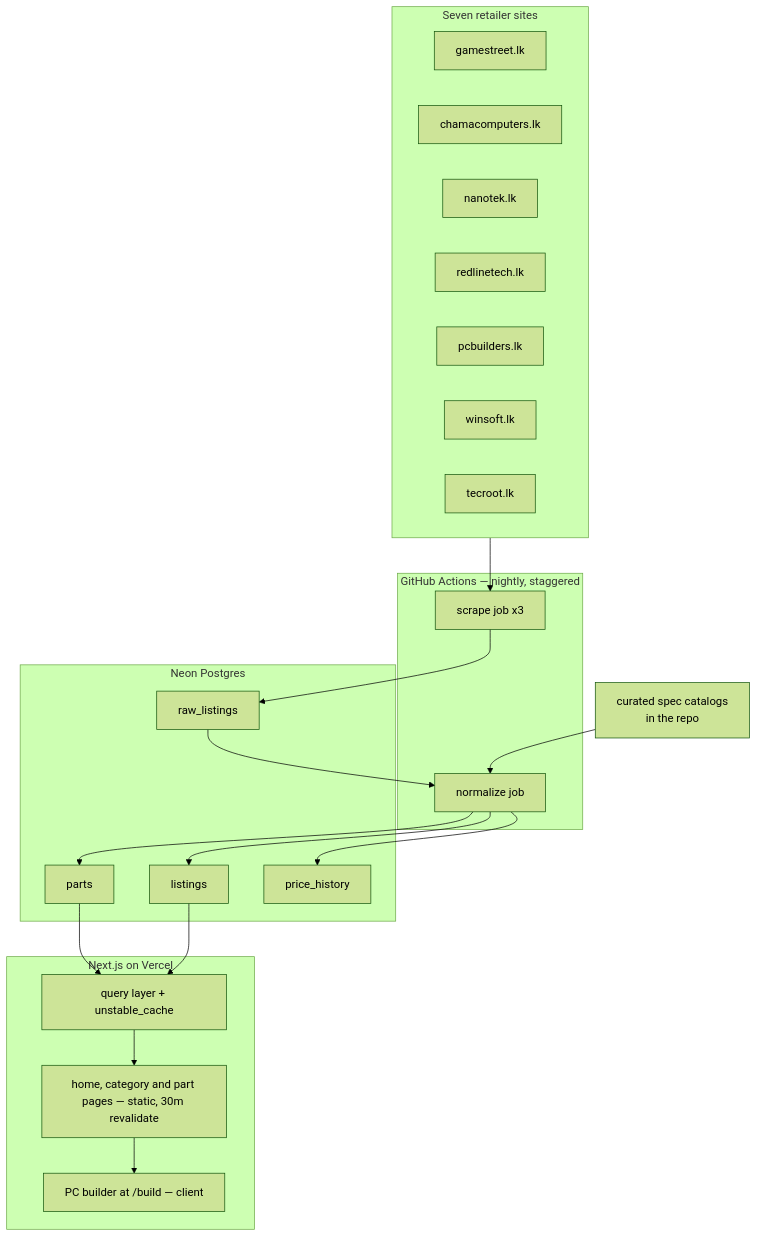
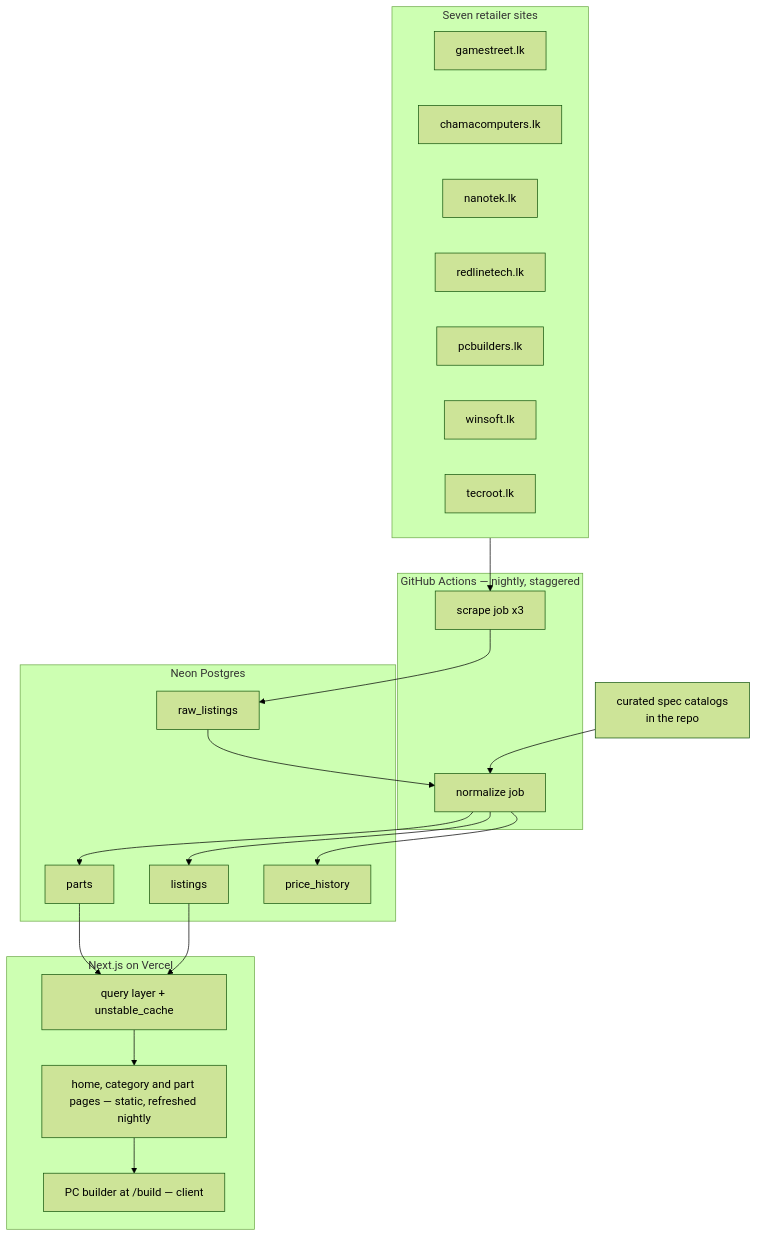
One commit to ShehanEk/sl-pc-part-picker changed the diagram in docs/architecture.md. Above: the diagram before and after it, drawn with Mermaid (forest theme). The commit also changed other lines of this file and 14 other files, not shown here.

````diff
--- a/docs/architecture.md
+++ b/docs/architecture.md
@@ -25,42 +25,42 @@
 ```mermaid
 flowchart TB
   subgraph shops["Seven retailer sites"]
     S1["gamestreet.lk"]
     S2["chamacomputers.lk"]
     S3["nanotek.lk"]
     S4["redlinetech.lk"]
     S5["pcbuilders.lk"]
     S6["winsoft.lk"]
     S7["tecroot.lk"]
   end
 
   subgraph ci["GitHub Actions — nightly, staggered"]
     SC["scrape job x3"]
     NO["normalize job"]
   end
 
   subgraph db["Neon Postgres"]
     RAW["raw_listings"]
     P["parts"]
     L["listings"]
     H["price_history"]
   end
 
   subgraph app["Next.js on Vercel"]
     Q["query layer + unstable_cache"]
-    PAGE["home, category and part pages — static, 30m revalidate"]
+    PAGE["home, category and part pages — static, refreshed nightly"]
     CFG["PC builder at /build — client"]
   end
 
   CAT["curated spec catalogs<br/>in the repo"]
 
   shops --> SC --> RAW
   RAW --> NO
   NO --> P
   NO --> L
   NO --> H
   CAT --> NO
   P --> Q
   L --> Q
   Q --> PAGE --> CFG
 ```
````
